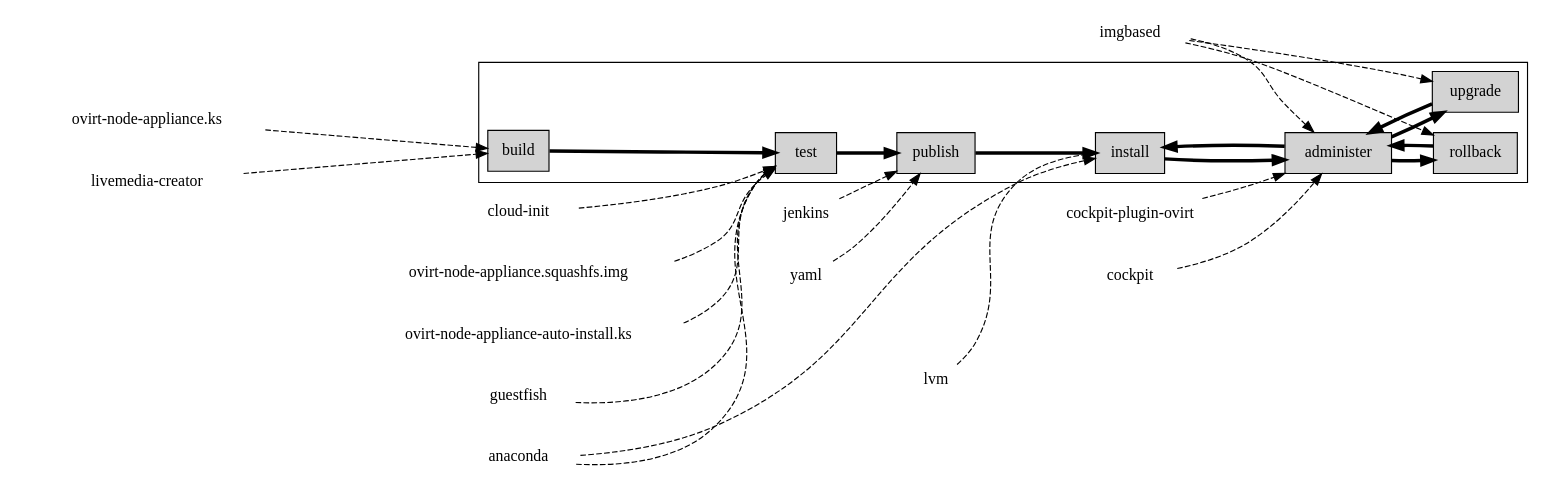
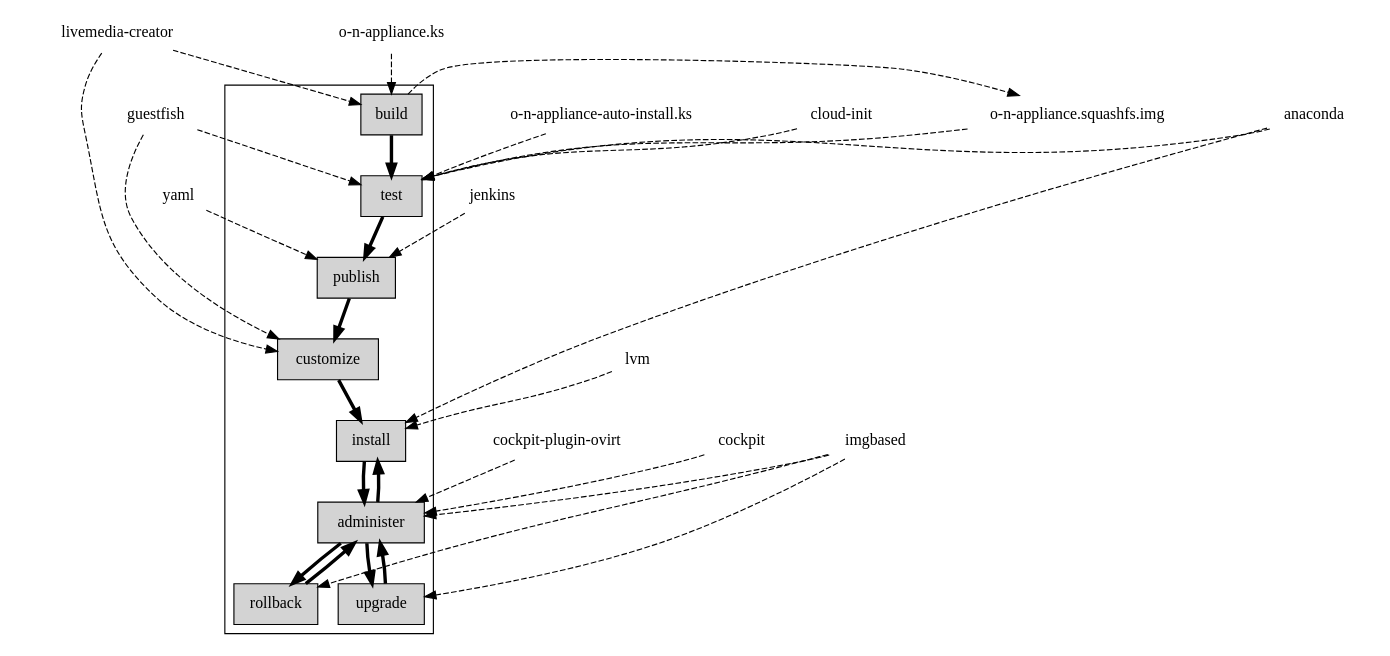
The diagram in imgs/ngn-flow.dot (fabiand/ovirt-node-development-guide), drawn with Graphviz before and after one commit. The commit also changed 1 other file, not shown here.

Commit message:
img: Flow update

```diff
--- a/imgs/ngn-flow.dot
+++ b/imgs/ngn-flow.dot
@@ -1,44 +1,48 @@
 
 digraph G {
-	rankdir=LR
+	rankdir=TD
 	{	node [style=filled shape=box]
-		build test publish install upgrade rollback administer
+		build test publish customize install upgrade rollback administer
 	}
 	subgraph cluster_0 {
 		edge [penwidth=3.0]
-		build -> test -> publish -> install
+		build -> test -> publish -> customize -> install
 		administer -> install -> administer
 		administer -> upgrade -> administer
 		administer -> rollback -> administer
 	}
 	{
 		edge [style=dashed]
 		node [penwidth=0]
 
-		applianceKs [label="ovirt-node-appliance.ks"]
+		applianceKs [label="o-n-appliance.ks"]
 		lmc [label="livemedia-creator"]
 		applianceKs -> build
 		lmc -> build
 
 		cloud_init [label="cloud-init"]
-		squashfs [label="ovirt-node-appliance.squashfs.img"]
-		installKs [label="ovirt-node-appliance-auto-install.ks"]
+		squashfs [label="o-n-appliance.squashfs.img"]
+		installKs [label="o-n-appliance-auto-install.ks"]
+		build -> squashfs
 		cloud_init -> test
 		squashfs -> test
 		guestfish -> test
 		anaconda -> test
 		installKs -> test
 
 		jenkins -> publish
 		yaml -> publish
+
+		guestfish -> customize
+		lmc -> customize
 
 		lvm -> install
 		anaconda -> install
 
 		cockpitPlugin [label="cockpit-plugin-ovirt"]
 		cockpit -> administer
 		cockpitPlugin -> administer
 
 		imgbased -> { administer upgrade rollback }
 	}
 }
```
